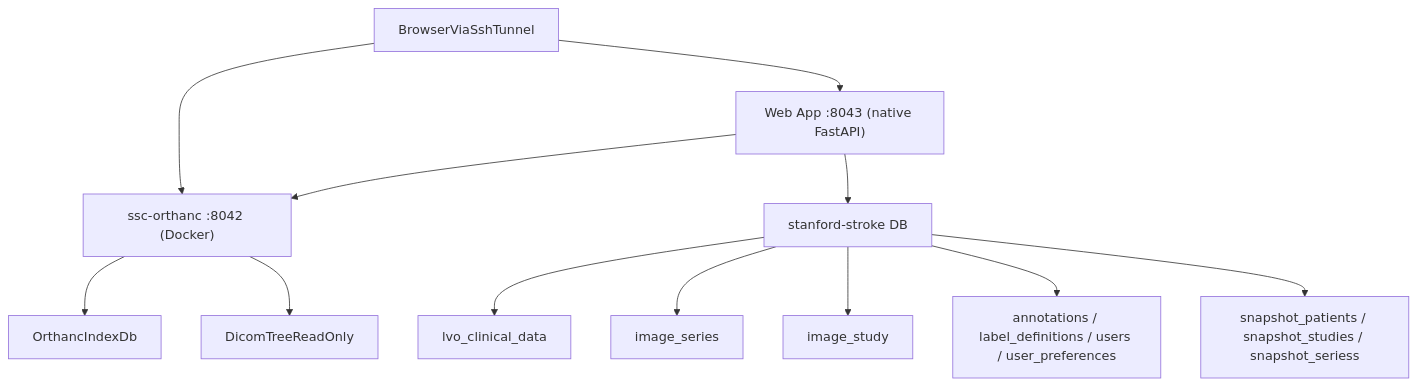
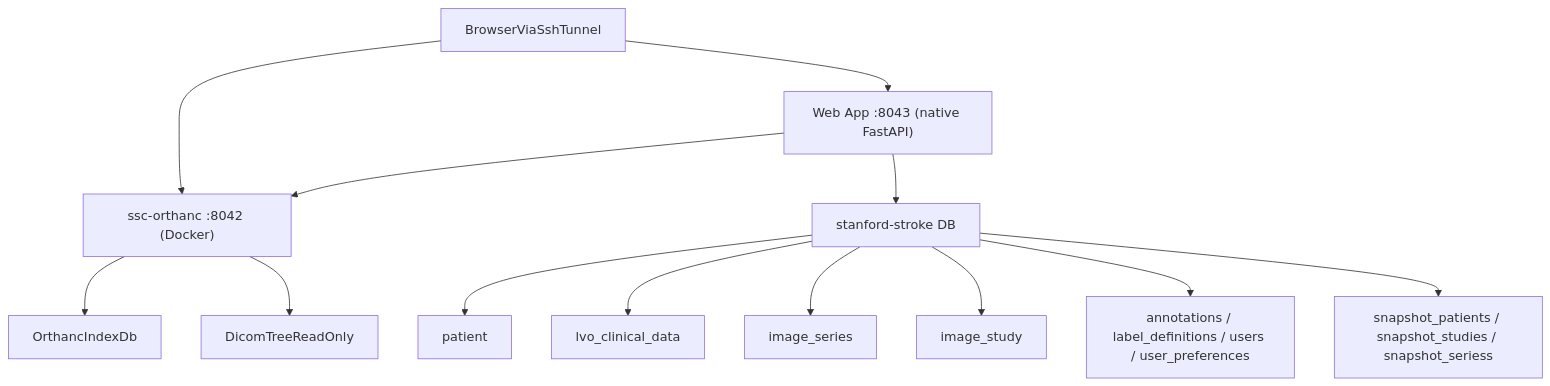
Before and after one commit to perecanals/ssc-pacs: the diagram in stanford-stroke-pacs/documentation/reference/architecture.md, drawn with Mermaid. The commit also changed other lines of this file and 28 other files, not shown here.

````diff
--- a/stanford-stroke-pacs/documentation/reference/architecture.md
+++ b/stanford-stroke-pacs/documentation/reference/architecture.md
@@ -17,14 +17,15 @@
 ```mermaid
 flowchart TD
     Browser[BrowserViaSshTunnel] --> Orthanc8042["ssc-orthanc :8042 (Docker)"]
     Browser --> WebApp8043["Web App :8043 (native FastAPI)"]
     Orthanc8042 --> OrthancDb[OrthancIndexDb]
     Orthanc8042 --> DicomTree[DicomTreeReadOnly]
     WebApp8043 --> SscDb[stanford-stroke DB]
     WebApp8043 --> Orthanc8042
+    SscDb --> Patient[patient]
     SscDb --> LvoClinicalData[lvo_clinical_data]
     SscDb --> ImageSeries[image_series]
     SscDb --> ImageStudy[image_study]
     SscDb --> AnnotationTables[annotations / label_definitions / users / user_preferences]
     SscDb --> SnapshotTables[snapshot_patients / snapshot_studies / snapshot_seriess]
 ```
````
